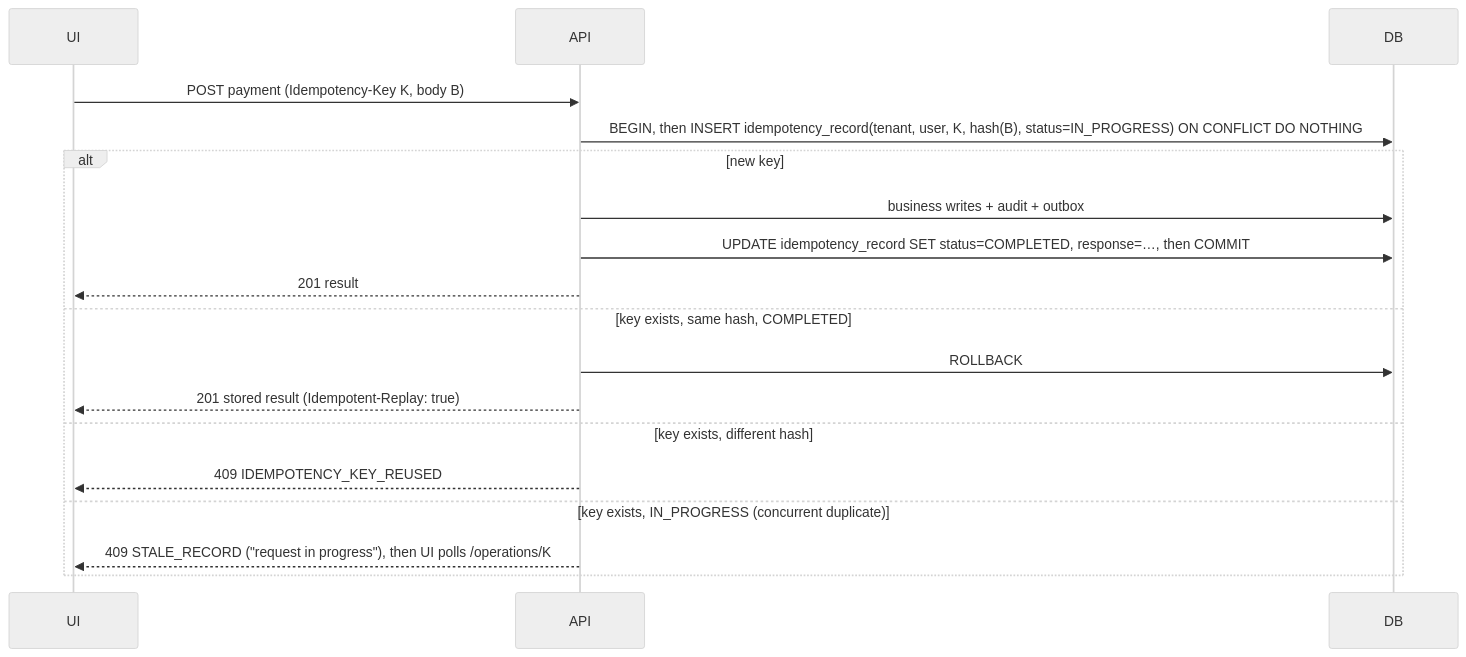
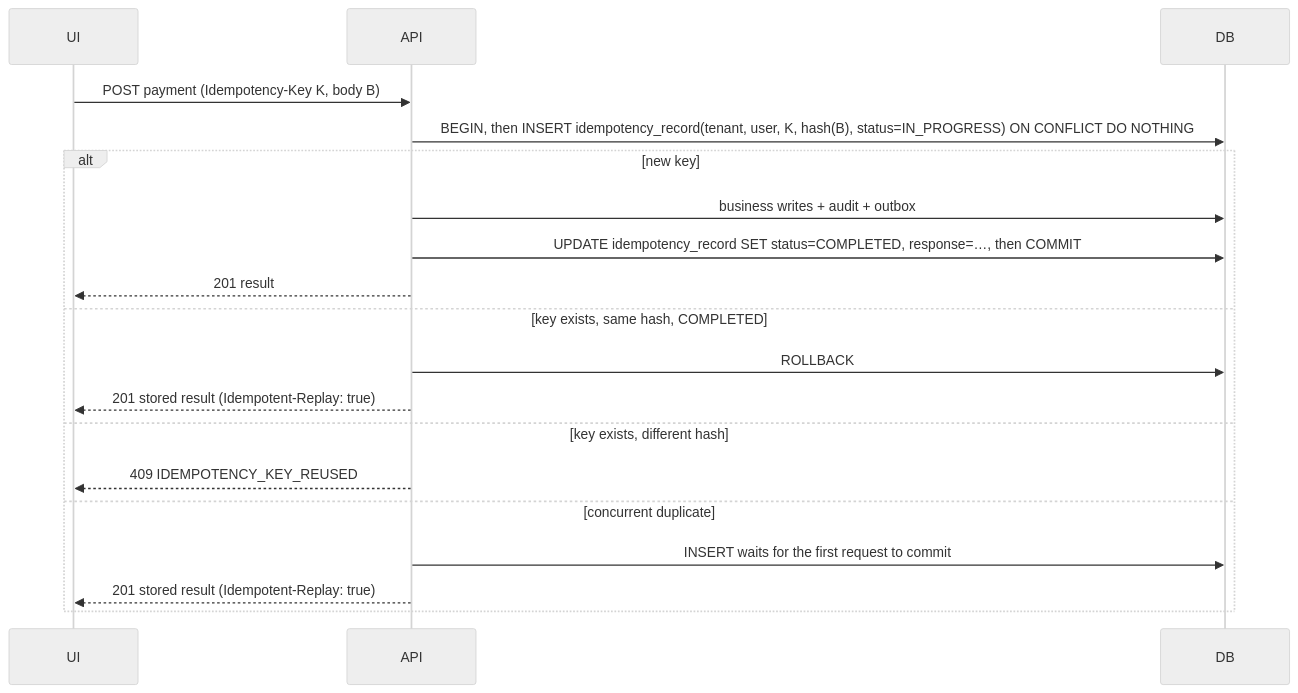
One commit to NOMAN1802/HMS-SaaS changed the fifth of 6 diagrams in docs/planning/docs/D-system-design.md. Above: the diagram before and after it, drawn with Mermaid (neutral theme). The commit also changed other lines of this file and 19 other files, not shown here.

````diff
--- a/docs/planning/docs/D-system-design.md
+++ b/docs/planning/docs/D-system-design.md
@@ -507,20 +507,21 @@
 ```mermaid
 sequenceDiagram
   participant UI
   participant API
   participant DB
   UI->>API: POST payment (Idempotency-Key K, body B)
   API->>DB: BEGIN, then INSERT idempotency_record(tenant, user, K, hash(B), status=IN_PROGRESS) ON CONFLICT DO NOTHING
   alt new key
     API->>DB: business writes + audit + outbox
     API->>DB: UPDATE idempotency_record SET status=COMPLETED, response=…, then COMMIT
     API-->>UI: 201 result
   else key exists, same hash, COMPLETED
     API->>DB: ROLLBACK
     API-->>UI: 201 stored result (Idempotent-Replay: true)
   else key exists, different hash
     API-->>UI: 409 IDEMPOTENCY_KEY_REUSED
-  else key exists, IN_PROGRESS (concurrent duplicate)
-    API-->>UI: 409 STALE_RECORD ("request in progress"), then UI polls /operations/K
+  else concurrent duplicate
+    API->>DB: INSERT waits for the first request to commit
+    API-->>UI: 201 stored result (Idempotent-Replay: true)
   end
 ```
````
